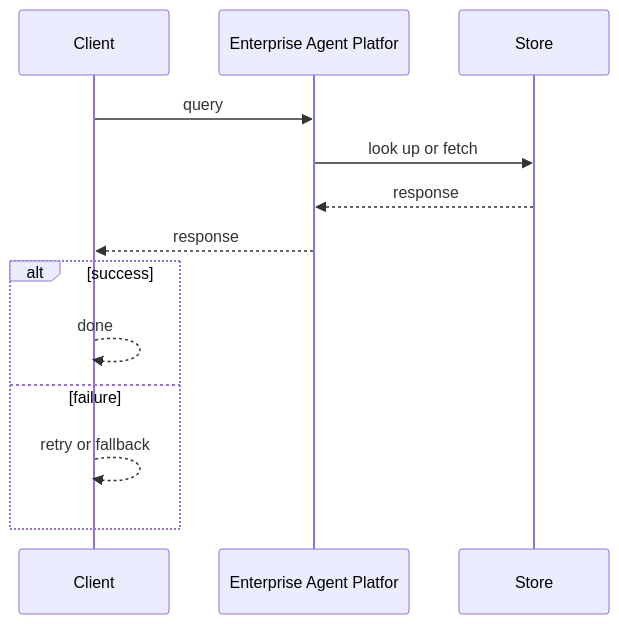
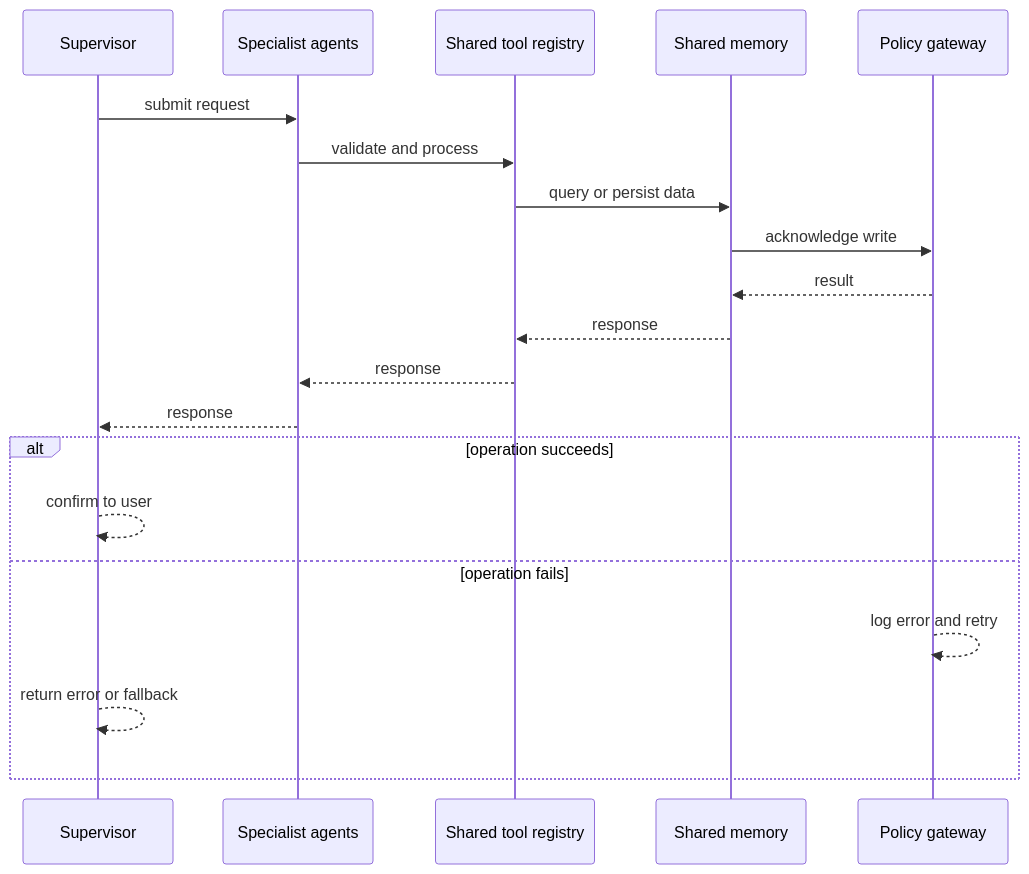
Before and after one commit to RIT-MESH/system-design-mastery: the diagram in diagrams/case-studies/enterprise-agent-platform/request-sequence.mmd, drawn with Mermaid. The commit also changed 127 other files, not shown here.

First line of the commit message:
Improve all case study diagrams: case-specific sequences, fix truncated labels

```diff
--- a/diagrams/case-studies/enterprise-agent-platform/request-sequence.mmd
+++ b/diagrams/case-studies/enterprise-agent-platform/request-sequence.mmd
@@ -1,14 +1,21 @@
 %% created-for: system-design-mastery
 sequenceDiagram
-  participant P0 as Client
-  participant P1 as Enterprise Agent Platfor
-  participant P2 as Store
-  P0 ->> P1: query
-  P1 ->> P2: look up or fetch
+  participant P0 as Supervisor
+  participant P1 as Specialist agents
+  participant P2 as Shared tool registry
+  participant P3 as Shared memory
+  participant P4 as Policy gateway
+  P0 ->> P1: submit request
+  P1 ->> P2: validate and process
+  P2 ->> P3: query or persist data
+  P3 ->> P4: acknowledge write
+  P4 -->> P3: result
+  P3 -->> P2: response
   P2 -->> P1: response
   P1 -->> P0: response
-  alt success
-    P0 -->> P0: done
-  else failure
-    P0 -->> P0: retry or fallback
+  alt operation succeeds
+    P0 -->> P0: confirm to user
+  else operation fails
+    P4 -->> P4: log error and retry
+    P0 -->> P0: return error or fallback
   end
```
